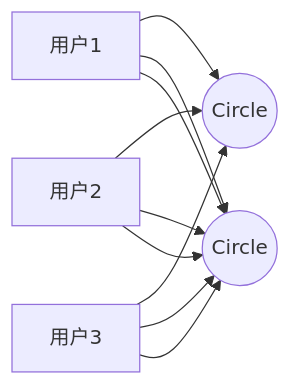
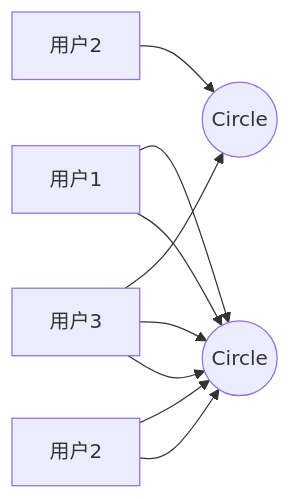
One commit to gZeyu/note changed the diagram in 个人博客/note/RBAC模型的数据库设计.md. Above: the diagram before and after it, drawn with Mermaid. The commit also changed other lines of this file, not shown here.

````diff
--- a/个人博客/note/RBAC模型的数据库设计.md
+++ b/个人博客/note/RBAC模型的数据库设计.md
@@ -5,12 +5,11 @@
 ```mermaid
 graph LR
-U1[用户1] --> R((Role))
-U2[用户2] --> R((Circle))
+角色U2[用户2] --> R((Circle))
 U3[用户3] --> R((Circle))
 U1[用户1] --> B((Circle))
 U2[用户2] --> B((Circle))
 U3[用户3] --> B((Circle))
 U1[用户1] --> B((Circle))
 U2[用户2] --> B((Circle))
 U3[用户3] --> B((Circle))
 ```
````
